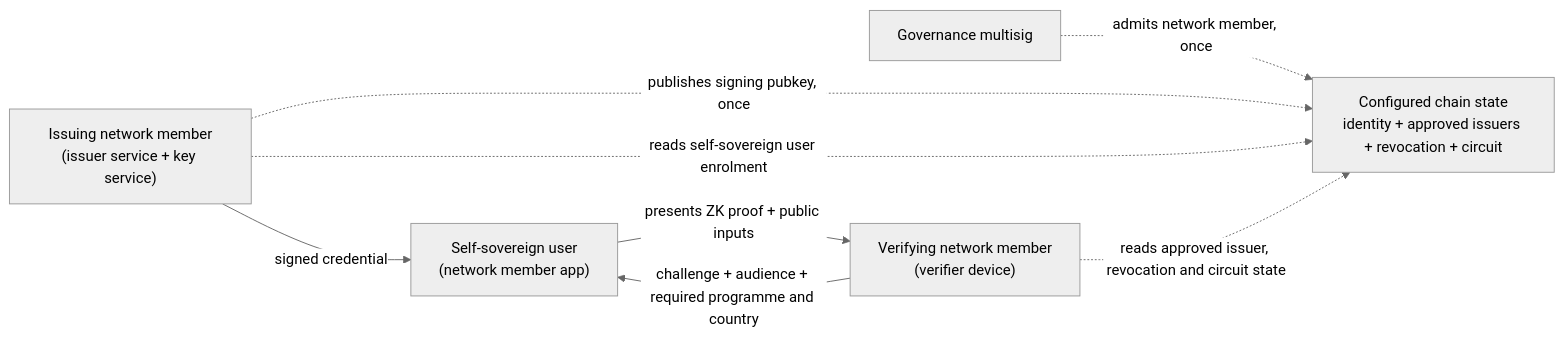
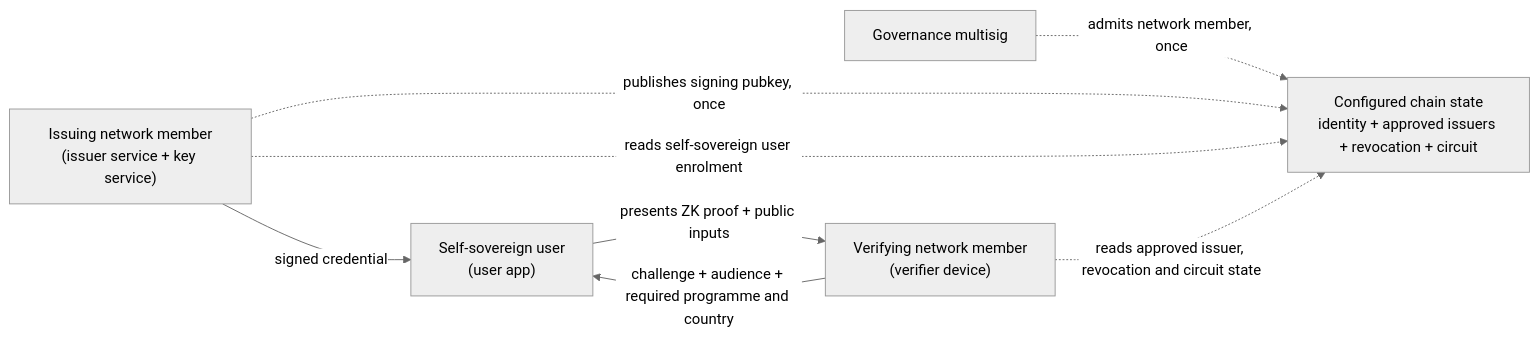
Before and after one commit to ethereum/coordination-network: the first of 3 diagrams in specs/03-vc-issuance.md, drawn with Mermaid (neutral theme). The commit also changed other lines of this file and 3 other files, not shown here.

````diff
--- a/specs/03-vc-issuance.md
+++ b/specs/03-vc-issuance.md
@@ -21,17 +21,17 @@
 ```mermaid
 flowchart LR
     Gov["Governance multisig"]
     NM["Issuing network member<br/>(issuer service + key service)"]
-    SSU["Self-sovereign user<br/>(network member app)"]
+    SSU["Self-sovereign user<br/>(user app)"]
     V["Verifying network member<br/>(verifier device)"]
     Chain["Configured chain state<br/>identity + approved issuers + revocation + circuit"]
 
     NM -- "signed credential" --> SSU
     SSU -- "presents ZK proof + public inputs" --> V
     V -- "challenge + audience + required programme and country" --> SSU
     Gov -. "admits network member, once" .-> Chain
     NM -. "publishes signing pubkey, once" .-> Chain
     NM -. "reads self-sovereign user enrolment" .-> Chain
     V -. "reads approved issuer, revocation and circuit state" .-> Chain
 
 ```
````
